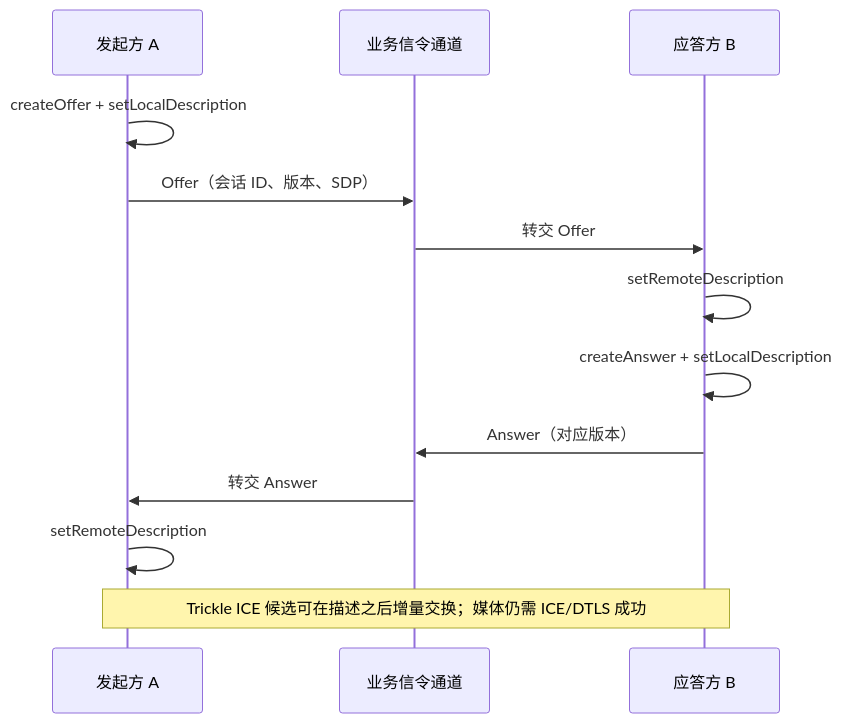
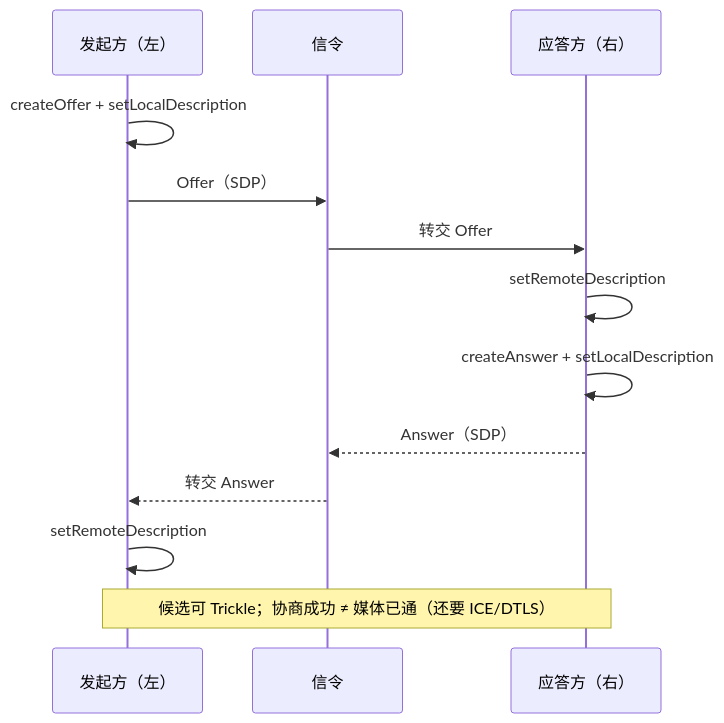
One commit to Hex4C59/RTC-notes changed the diagram in 02-会话与连接/Offer Answer.md. Above: the diagram before and after it, drawn with Mermaid. The commit also changed other lines of this file and 126 other files, not shown here.

````diff
--- a/02-会话与连接/Offer Answer.md
+++ b/02-会话与连接/Offer Answer.md
@@ -26,15 +34,15 @@
 ```mermaid
 sequenceDiagram
-    participant A as 发起方 A
-    participant S as 业务信令通道
-    participant B as 应答方 B
+    participant A as 发起方（左）
+    participant Sig as 信令
+    participant B as 应答方（右）
     A->>A: createOffer + setLocalDescription
-    A->>S: Offer（会话 ID、版本、SDP）
-    S->>B: 转交 Offer
+    A->>Sig: Offer（SDP）
+    Sig->>B: 转交 Offer
     B->>B: setRemoteDescription
     B->>B: createAnswer + setLocalDescription
-    B->>S: Answer（对应版本）
-    S->>A: 转交 Answer
+    B-->>Sig: Answer（SDP）
+    Sig-->>A: 转交 Answer
     A->>A: setRemoteDescription
-    Note over A,B: Trickle ICE 候选可在描述之后增量交换；媒体仍需 ICE/DTLS 成功
+    Note over A,B: 候选可 Trickle；协商成功 ≠ 媒体已通（还要 ICE/DTLS）
 ```
````
